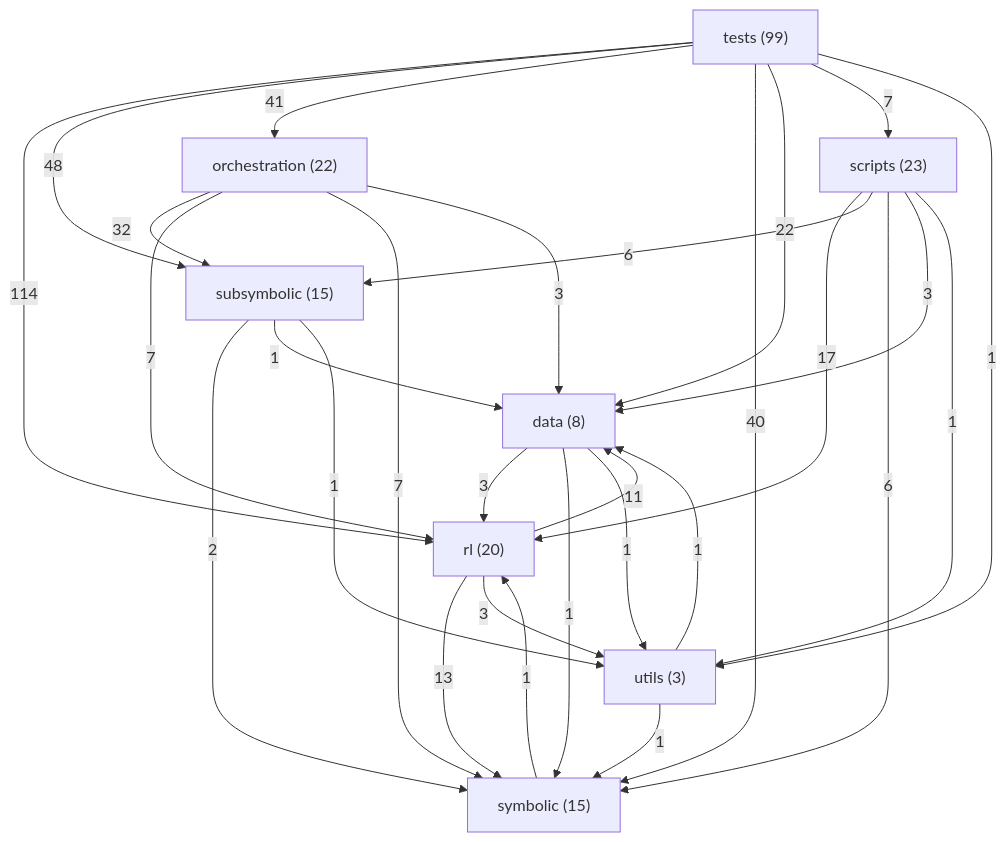
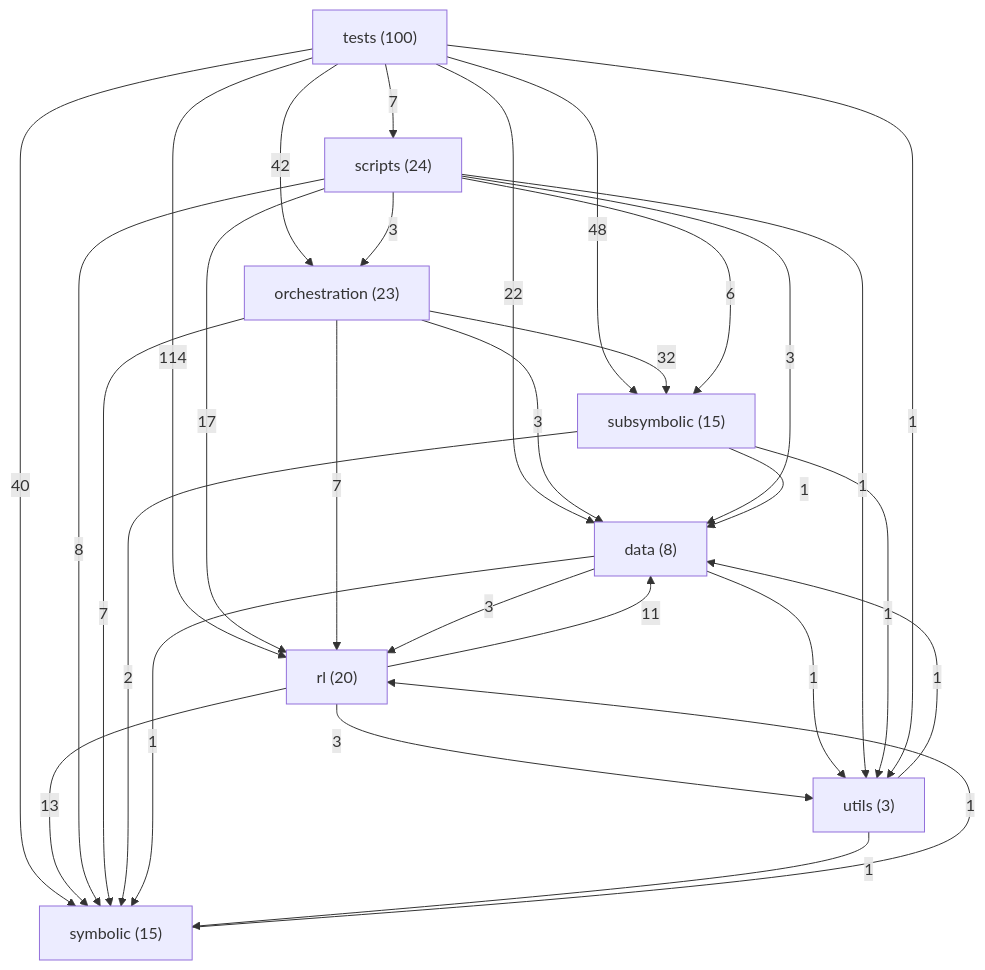
The diagram in ARCHITECTURE.md (danrd/ARC-AGI), drawn with Mermaid before and after one commit. The commit also changed other lines of this file and 4 other files, not shown here.

````diff
--- a/ARCHITECTURE.md
+++ b/ARCHITECTURE.md
@@ -211,39 +211,40 @@
 ```mermaid
 graph TD
   data["data (8)"]
-  orchestration["orchestration (22)"]
+  orchestration["orchestration (23)"]
   rl["rl (20)"]
-  scripts["scripts (23)"]
+  scripts["scripts (24)"]
   subsymbolic["subsymbolic (15)"]
   symbolic["symbolic (15)"]
-  tests["tests (99)"]
+  tests["tests (100)"]
   utils["utils (3)"]
   tests -->|114| rl
   tests -->|48| subsymbolic
-  tests -->|41| orchestration
+  tests -->|42| orchestration
   tests -->|40| symbolic
   orchestration -->|32| subsymbolic
   tests -->|22| data
   scripts -->|17| rl
   rl -->|13| symbolic
   rl -->|11| data
+  scripts -->|8| symbolic
   orchestration -->|7| rl
   orchestration -->|7| symbolic
   tests -->|7| scripts
   scripts -->|6| subsymbolic
-  scripts -->|6| symbolic
   data -->|3| rl
   orchestration -->|3| data
   rl -->|3| utils
   scripts -->|3| data
+  scripts -->|3| orchestration
   subsymbolic -->|2| symbolic
   data -->|1| symbolic
   data -->|1| utils
   scripts -->|1| utils
   subsymbolic -->|1| data
   subsymbolic -->|1| utils
   symbolic -->|1| rl
   tests -->|1| utils
   utils -->|1| data
   utils -->|1| symbolic
 ```
````
